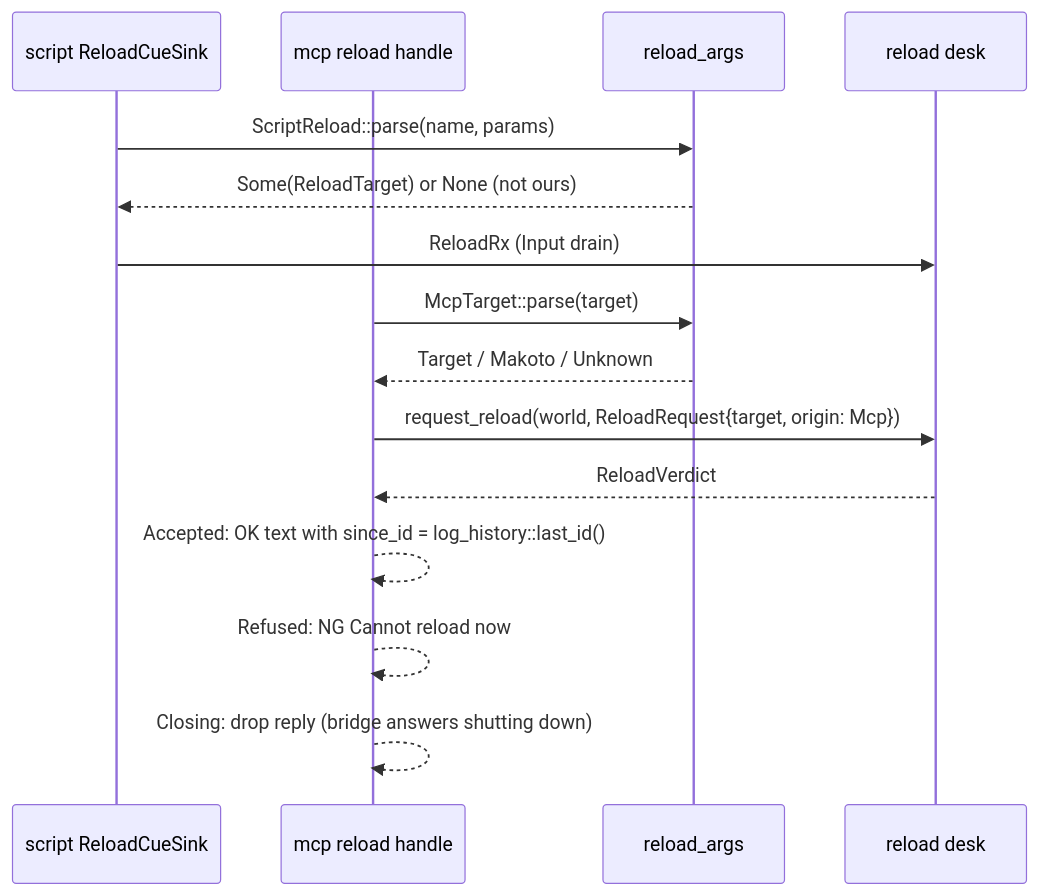
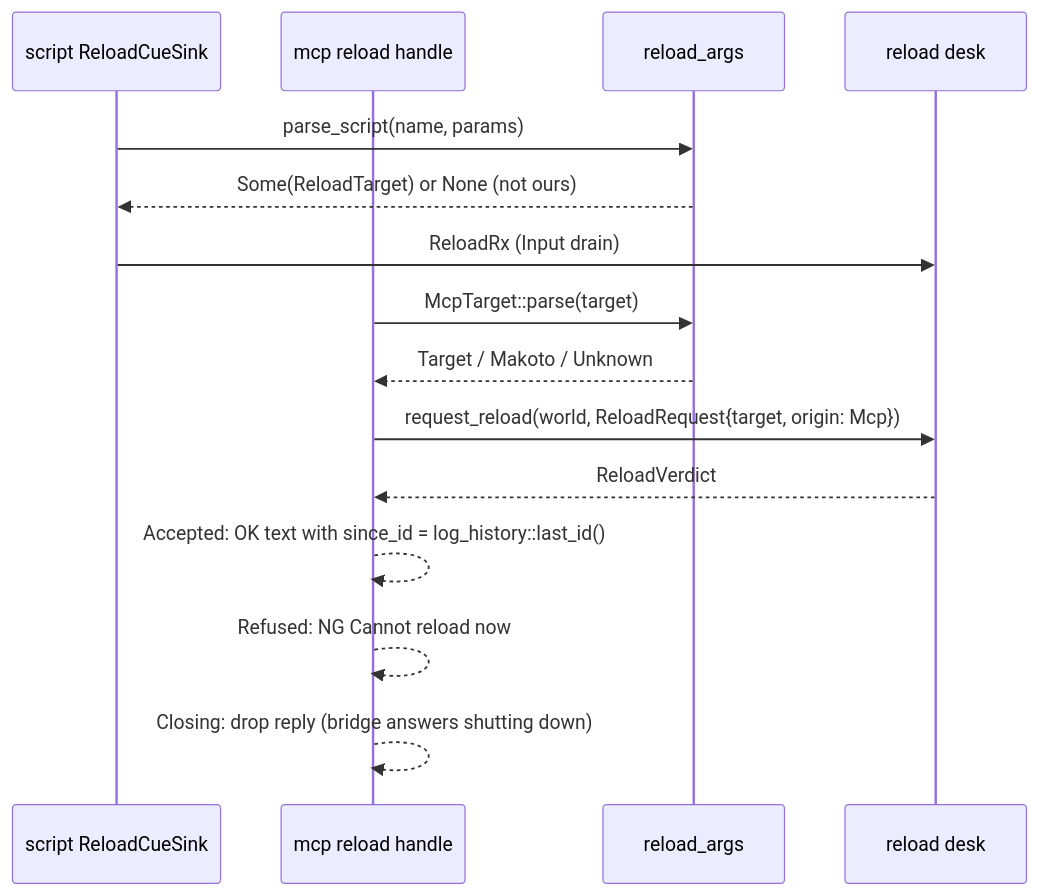
The second of 6 diagrams in .kiro/specs/areka-P0-mcp-reload/design.md (ekicyou/areka), drawn with Mermaid before and after one commit. The commit also changed other lines of this file and 5 other files, not shown here.

````diff
--- a/.kiro/specs/areka-P0-mcp-reload/design.md
+++ b/.kiro/specs/areka-P0-mcp-reload/design.md
@@ -212,17 +212,17 @@
 ```mermaid
 sequenceDiagram
     participant S as script ReloadCueSink
     participant M as mcp reload handle
     participant A as reload_args
     participant D as reload desk
-    S->>A: ScriptReload::parse(name, params)
+    S->>A: parse_script(name, params)
     A-->>S: Some(ReloadTarget) or None (not ours)
     S->>D: ReloadRx (Input drain)
     M->>A: McpTarget::parse(target)
     A-->>M: Target / Makoto / Unknown
     M->>D: request_reload(world, ReloadRequest{target, origin: Mcp})
     D-->>M: ReloadVerdict
     M-->>M: Accepted: OK text with since_id = log_history::last_id()
     M-->>M: Refused: NG Cannot reload now
     M-->>M: Closing: drop reply (bridge answers shutting down)
 ```
````
